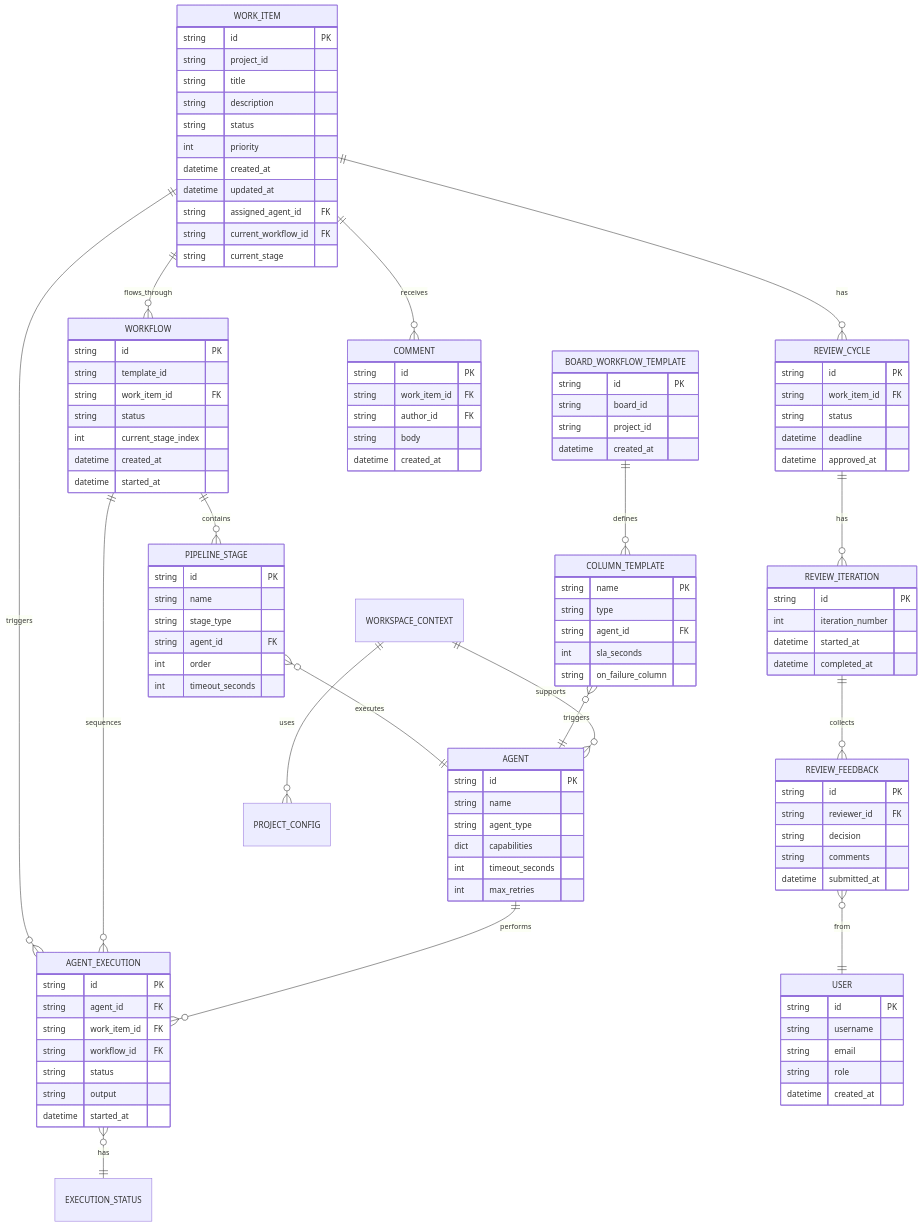
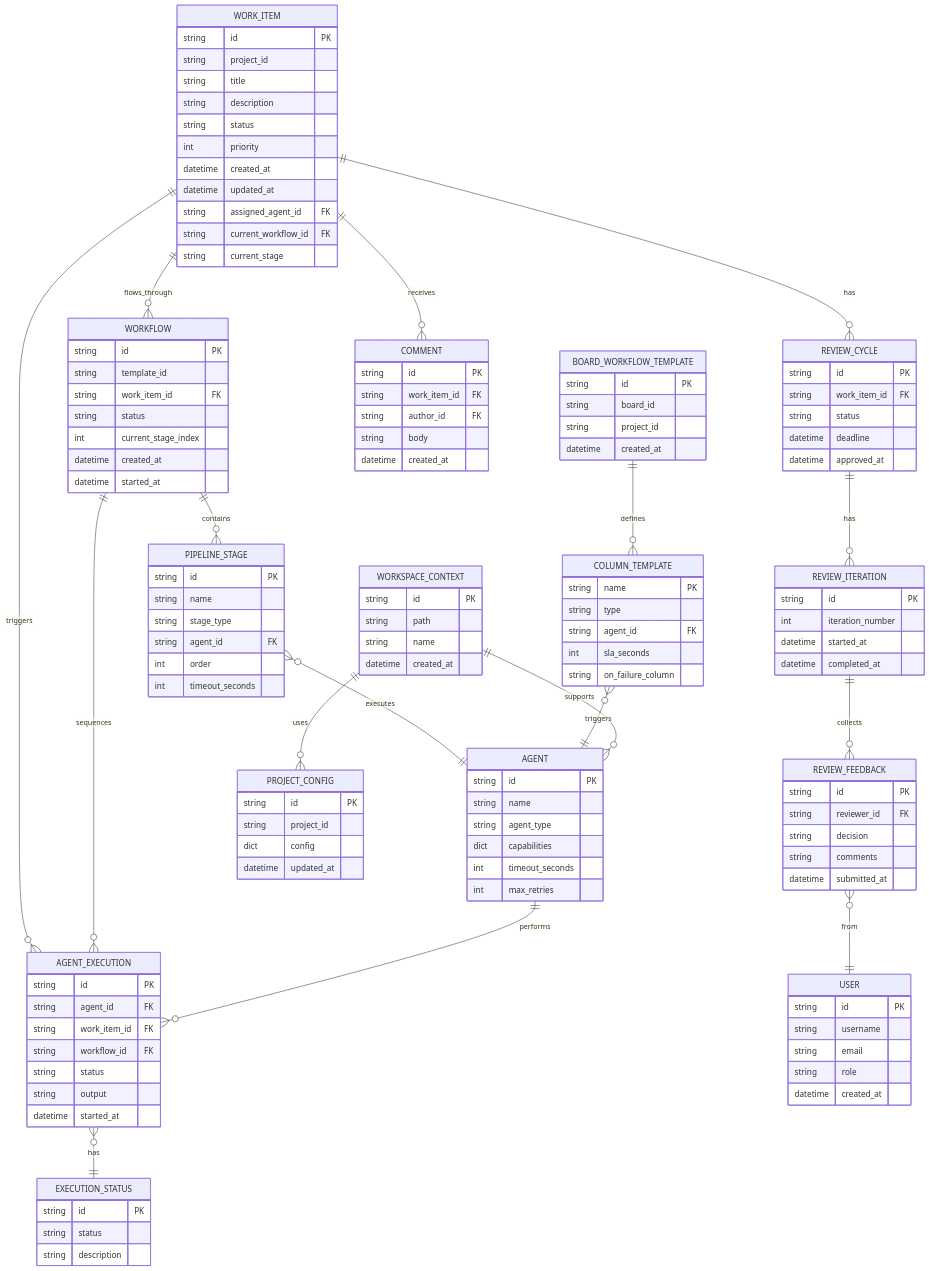
The first of 2 diagrams in documentation/architecture/domain/models.md (tinkermonkey/codetoreum), drawn with Mermaid before and after one commit. The commit also changed other lines of this file and 4 other files, not shown here.

````diff
--- a/documentation/architecture/domain/models.md
+++ b/documentation/architecture/domain/models.md
@@ -1003,4 +1003,24 @@
         int sla_seconds
         string on_failure_column
     }
+    
+    EXECUTION_STATUS {
+        string id PK
+        string status
+        string description
+    }
+    
+    WORKSPACE_CONTEXT {
+        string id PK
+        string path
+        string name
+        datetime created_at
+    }
+    
+    PROJECT_CONFIG {
+        string id PK
+        string project_id
+        dict config
+        datetime updated_at
+    }
 ```
````
